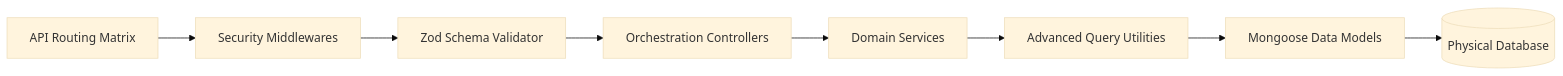
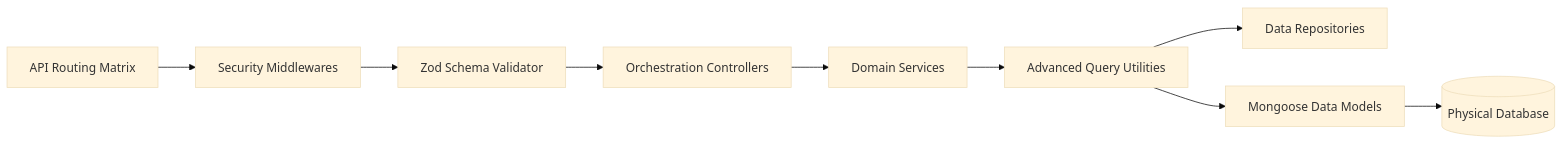
Before and after one commit to foysalahmedmin/zaaz-server: the second of 5 diagrams in README.md, drawn with Mermaid (base theme). The commit also changed other lines of this file and 5 other files, not shown here.

````diff
--- a/README.md
+++ b/README.md
@@ -144,19 +146,21 @@
 ```mermaid
 graph LR
     routes[API Routing Matrix]
     middleware[Security Middlewares]
     validator[Zod Schema Validator]
     controller[Orchestration Controllers]
     service[Domain Services]
+    repository[Data Repositories]
     builder[Advanced Query Utilities]
     model[Mongoose Data Models]
     schema[(Physical Database)]
 
     routes --> middleware
     middleware --> validator
     validator --> controller
     controller --> service
     service --> builder
+    builder --> repository
     builder --> model
     model --> schema
 ```
````
